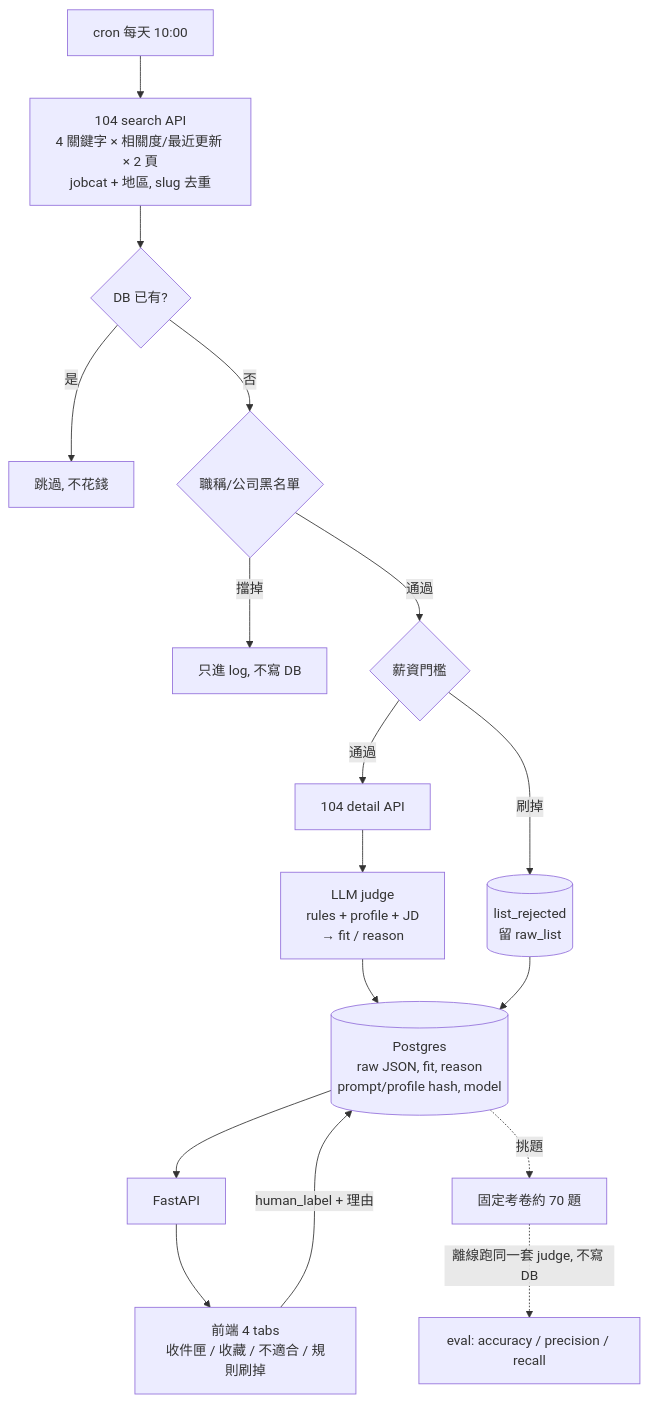
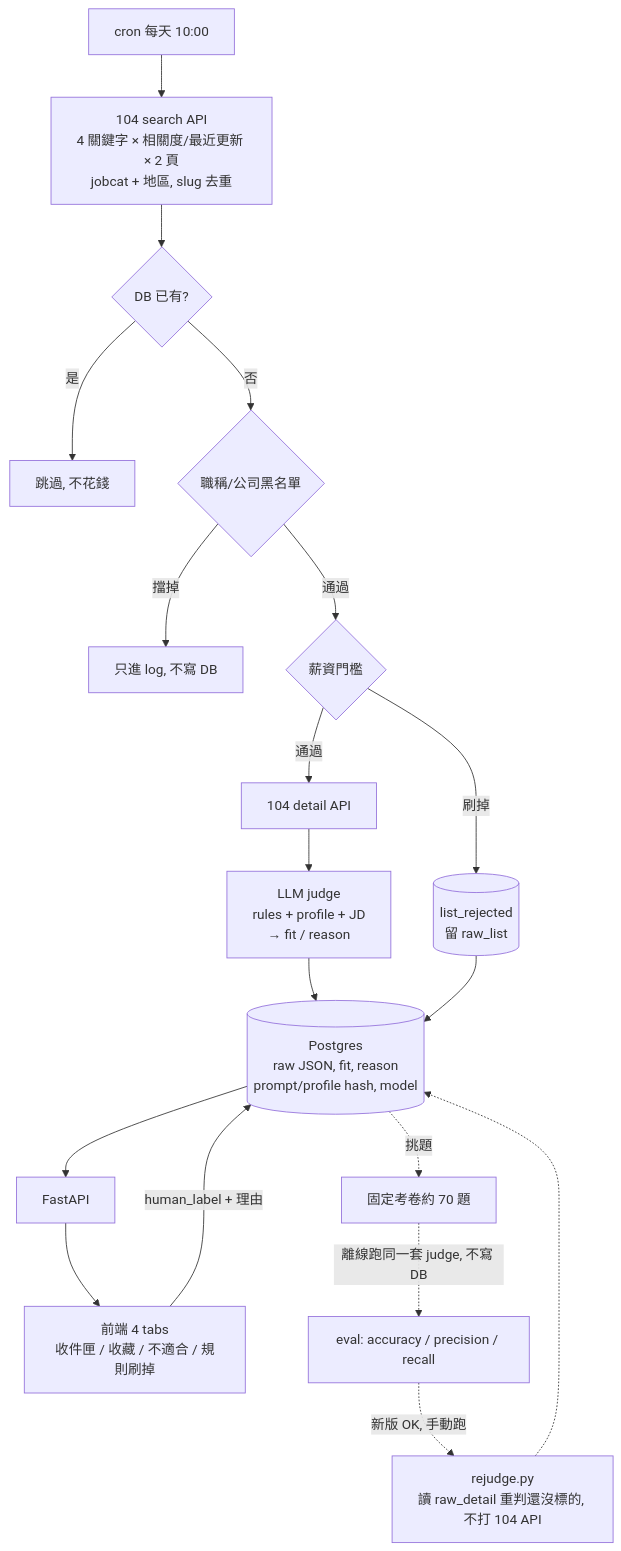
The diagram in README.md (zhijiehuang111/find-jobs), drawn with Mermaid before and after one commit.

Commit message:
fix: update flowchart in README to include rejudge process for manual evaluation

````diff
--- a/README.md
+++ b/README.md
@@ -11,18 +11,19 @@
 ```mermaid
 flowchart TB
   cron[cron 每天 10:00] --> list["104 search API<br/>4 關鍵字 × 相關度/最近更新 × 2 頁<br/>jobcat + 地區, slug 去重"]
   list --> seen{DB 已有?}
   seen -->|是| skip1[跳過, 不花錢]
   seen -->|否| block{職稱/公司黑名單}
   block -->|擋掉| skip2[只進 log, 不寫 DB]
   block -->|通過| sal{薪資門檻}
   sal -->|刷掉| rej[("list_rejected<br/>留 raw_list")]
   sal -->|通過| detail[104 detail API]
   detail --> llm["LLM judge<br/>rules + profile + JD<br/>→ fit / reason"]
   llm --> db[("Postgres<br/>raw JSON, fit, reason<br/>prompt/profile hash, model")]
   rej --> db
   db --> api[FastAPI] --> ui["前端 4 tabs<br/>收件匣 / 收藏 / 不適合 / 規則刷掉"]
   ui -->|human_label + 理由| db
   db -. 挑題 .-> exam[固定考卷約 70 題]
   exam -. 離線跑同一套 judge, 不寫 DB .-> eval["eval: accuracy / precision / recall"]
+  eval -. 新版 OK, 手動跑 .-> rejudge["rejudge.py<br/>讀 raw_detail 重判還沒標的, 不打 104 API"] -.-> db
 ```
````
